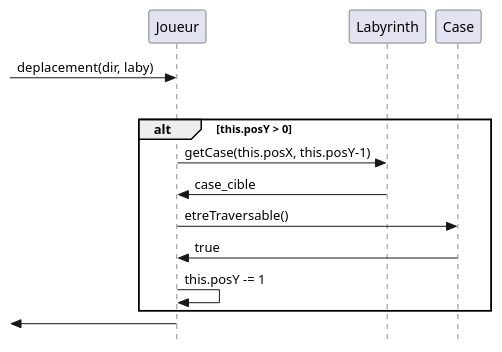
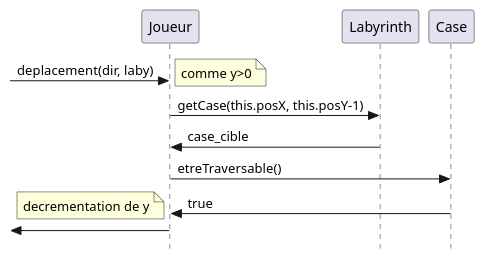
One commit to Zayd54500/2026_COO_Zeldiablo_ZB_VJ_HD_MM changed the diagram in projet_zeldiablo/documents/version_2/DiagrammeSequenceMurEtreTraversable.puml. Above: the diagram before and after it, drawn with PlantUML. The commit also changed 5 other files, not shown here.

```diff
--- a/projet_zeldiablo/documents/version_2/DiagrammeSequenceMurEtreTraversable.puml
+++ b/projet_zeldiablo/documents/version_2/DiagrammeSequenceMurEtreTraversable.puml
@@ -1,23 +1,24 @@
 @startuml
 hide footbox
 skinparam style strictuml
 
 participant "Joueur" as J
 participant "Labyrinth" as L
 participant "Case" as C
 
 -> J : deplacement(dir, laby)
-
-alt dir == 'N'
-    alt this.posY > 0
+note right
+    comme y>0
+end note
         J -> L : getCase(this.posX, this.posY-1)
         L -> J : case_cible
         J -> C : etreTraversable()
         C -> J : true
-        J -> J : this.posY -= 1
-    end
+note left
+    decrementation de y
+end note
     
 
 <- J : 
 
 @enduml
```
